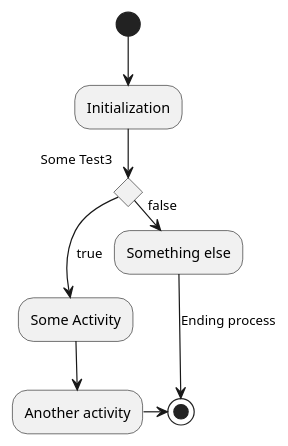
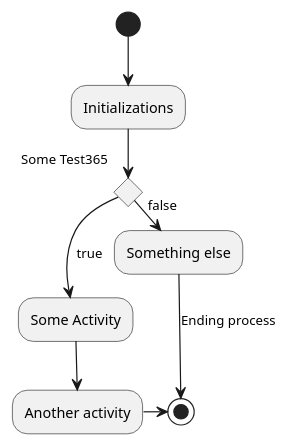
One commit to hirosige/node_plantuml changed the diagram in src/plantuml/activity/sample/activity.pu. Above: the diagram before and after it, drawn with PlantUML. The commit also changed 4 other files, not shown here.

```diff
--- a/src/plantuml/activity/sample/activity.pu
+++ b/src/plantuml/activity/sample/activity.pu
@@ -1,13 +1,13 @@
 @startuml
-(*) --> "Initialization"
+(*) --> "Initializations"
 
-if "Some Test3" then
+if "Some Test365" then
   -->[true] "Some Activity"
   --> "Another activity"
   -right-> (*)
 else
   ->[false] "Something else"
   -->[Ending process] (*)
 endif
 
 @enduml
```
